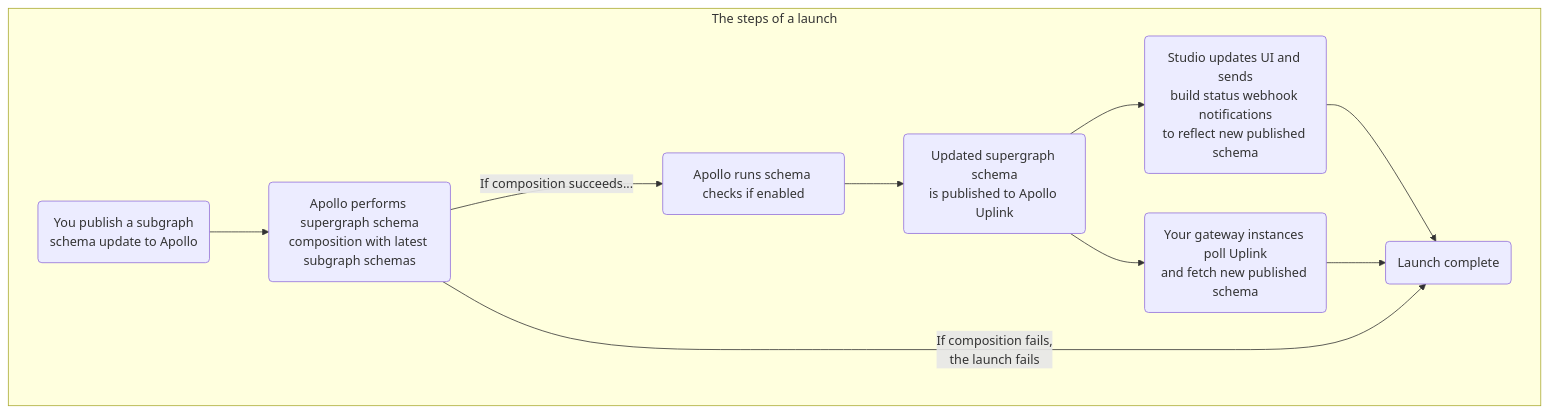
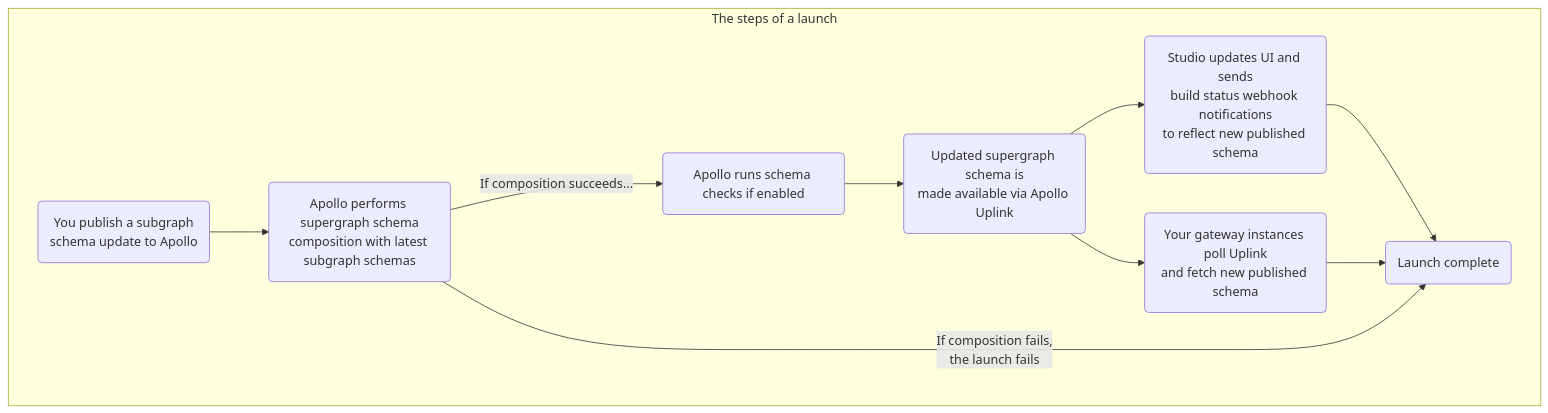
One commit to apollographql/apollo changed the diagram in studio-docs/source/launches.mdx. Above: the diagram before and after it, drawn with Mermaid.

Commit message:
Clarify language around uplink

````diff
--- a/studio-docs/source/launches.mdx
+++ b/studio-docs/source/launches.mdx
@@ -36,13 +36,13 @@
 ```mermaid
 graph TB;
   subgraph "The steps of a launch"
   subgraphPublished(You publish a subgraph <br/>schema update to Apollo) --> composition(Apollo performs supergraph schema<br/>composition with latest subgraph schemas);
   composition --"If composition succeeds..."-->checks(Apollo runs schema checks if enabled);
-  checks-->uplink(Updated supergraph schema<br/>is published to Apollo Uplink);
+  checks-->uplink(Updated supergraph schema is<br/>made available via Apollo Uplink);
   uplink-->studio(Studio updates UI and sends<br/>build status webhook notifications<br/>to reflect new published schema);
   uplink --> gateways(Your gateway instances poll Uplink<br/>and fetch new published schema);
   studio --> complete(Launch complete);
   gateways-->complete;
   composition --"If composition fails,<br/>the launch fails"--> complete;
   end
 ```
````
